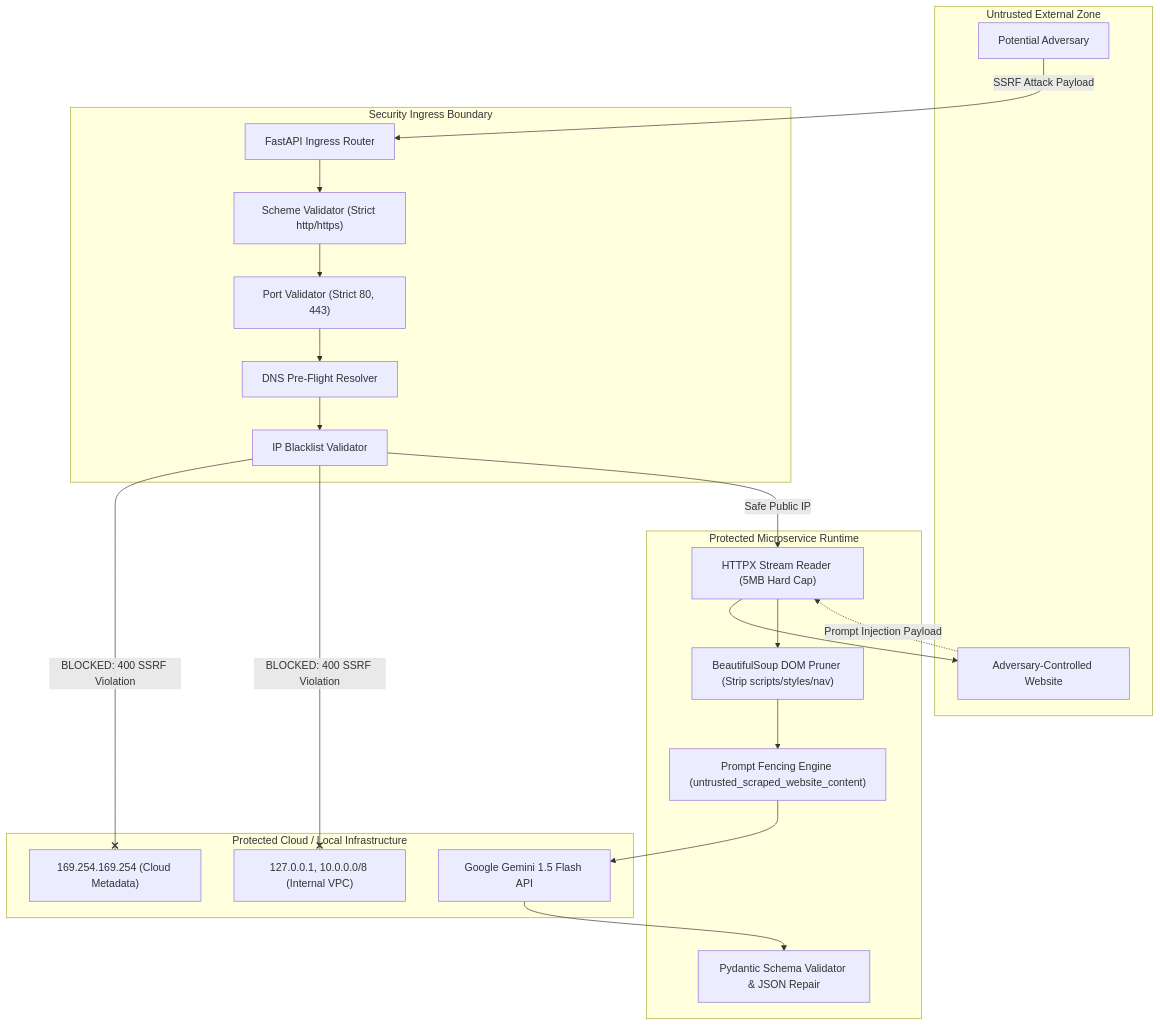
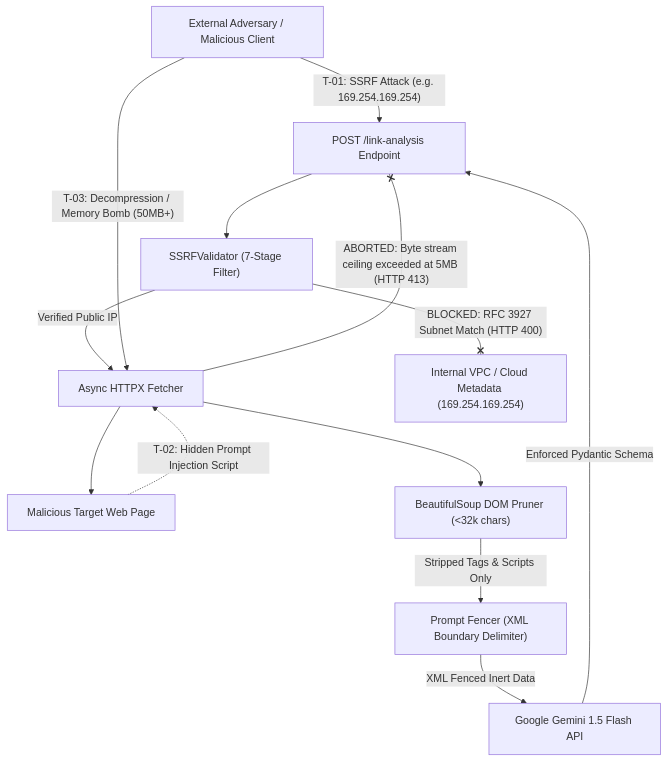
Before and after one commit to piyushmakhija28/ai-link-analysis: the diagram in uml/12-security-threat-data-flow.md, drawn with Mermaid. The commit also changed other lines of this file and 21 other files, not shown here.

````diff
--- a/uml/12-security-threat-data-flow.md
+++ b/uml/12-security-threat-data-flow.md
@@ -3,43 +3,27 @@
 ```mermaid
 graph TD
-    subgraph UntrustedZone["Untrusted External Zone"]
-        Attacker["Potential Adversary"]
-        MaliciousSite["Adversary-Controlled Website"]
-    end
+    Attacker["External Adversary / Malicious Client"]
+    Ingress["POST /link-analysis Endpoint"]
+    SSRF["SSRFValidator (7-Stage Filter)"]
+    HTTPX["Async HTTPX Fetcher"]
+    TargetSite["Malicious Target Web Page"]
+    DOMPrune["BeautifulSoup DOM Pruner (<32k chars)"]
+    PromptFencer["Prompt Fencer (XML Boundary Delimiter)"]
+    LLM["Google Gemini 1.5 Flash API"]
+    PrivateVPC["Internal VPC / Cloud Metadata (169.254.169.254)"]
 
-    subgraph DemilitarizedZone["Security Ingress Boundary"]
-        IngressRouter["FastAPI Ingress Router"]
-        SchemeCheck["Scheme Validator (Strict http/https)"]
-        PortCheck["Port Validator (Strict 80, 443)"]
-        DNSCheck["DNS Pre-Flight Resolver"]
-        IPBlacklist["IP Blacklist Validator"]
-    end
-
-    subgraph InternalZone["Protected Microservice Runtime"]
-        StreamFetcher["HTTPX Stream Reader (5MB Hard Cap)"]
-        DOMSanitizer["BeautifulSoup DOM Pruner (Strip scripts/styles/nav)"]
-        XMLFencer["Prompt Fencing Engine (untrusted_scraped_website_content)"]
-        PydanticGuard["Pydantic Schema Validator & JSON Repair"]
-    end
-
-    subgraph ProtectedCloud["Protected Cloud / Local Infrastructure"]
-        MetadataService["169.254.169.254 (Cloud Metadata)"]
-        InternalServices["127.0.0.1, 10.0.0.0/8 (Internal VPC)"]
-        GeminiAPI["Google Gemini 1.5 Flash API"]
-    end
-
-    Attacker -->|"SSRF Attack Payload"| IngressRouter
-    IngressRouter --> SchemeCheck
-    SchemeCheck --> PortCheck
-    PortCheck --> DNSCheck
-    DNSCheck --> IPBlacklist
-    IPBlacklist --x|"BLOCKED: 400 SSRF Violation"| MetadataService
-    IPBlacklist --x|"BLOCKED: 400 SSRF Violation"| InternalServices
-    IPBlacklist -->|"Safe Public IP"| StreamFetcher
-    StreamFetcher --> MaliciousSite
-    MaliciousSite -.->|"Prompt Injection Payload"| StreamFetcher
-    StreamFetcher --> DOMSanitizer
-    DOMSanitizer --> XMLFencer
-    XMLFencer --> GeminiAPI
-    GeminiAPI --> PydanticGuard
+    Attacker -->|"T-01: SSRF Attack (e.g. 169.254.169.254)"| Ingress
+    Ingress --> SSRF
+    SSRF --x|"BLOCKED: RFC 3927 Subnet Match (HTTP 400)"| PrivateVPC
+    SSRF -->|"Verified Public IP"| HTTPX
+    
+    Attacker -->|"T-03: Decompression / Memory Bomb (50MB+)"| HTTPX
+    HTTPX --x|"ABORTED: Byte stream ceiling exceeded at 5MB (HTTP 413)"| Ingress
+    
+    HTTPX --> TargetSite
+    TargetSite -.->|"T-02: Hidden Prompt Injection Script"| HTTPX
+    HTTPX --> DOMPrune
+    DOMPrune -->|"Stripped Tags & Scripts Only"| PromptFencer
+    PromptFencer -->|"XML Fenced Inert Data"| LLM
+    LLM -->|"Enforced Pydantic Schema"| Ingress
 ```
````
